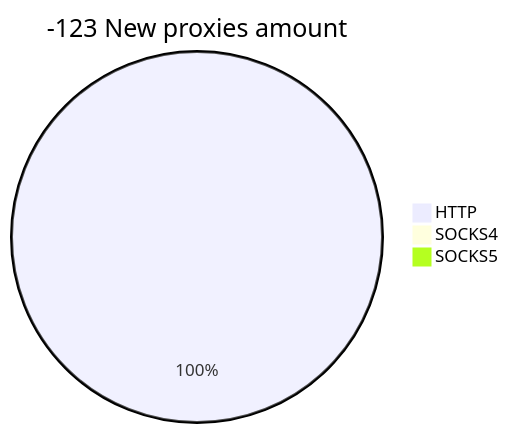
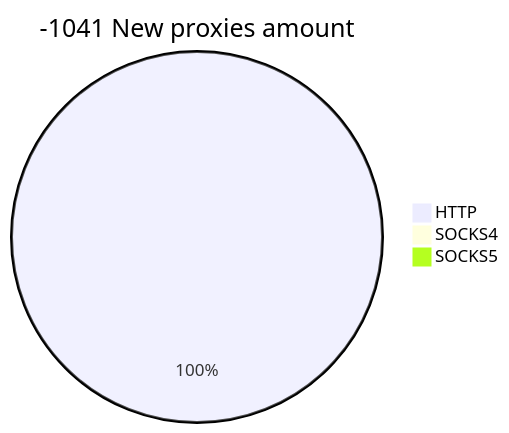
Before and after one commit to cutipu/proxylist: the second of 2 diagrams in README.md, drawn with Mermaid. The commit also changed other lines of this file, not shown here.

````diff
--- a/README.md
+++ b/README.md
@@ -10,6 +10,6 @@
 ```mermaid
-pie title -123 New proxies amount
-    "HTTP" : 3
+pie title -1041 New proxies amount
+    "HTTP" : 4
     "SOCKS4" : 0
     "SOCKS5" : 0
 ```
````
